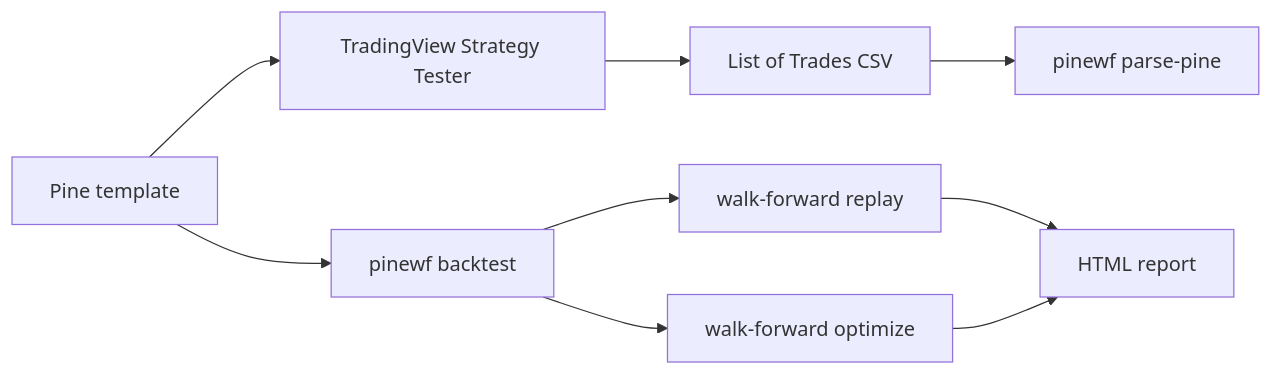
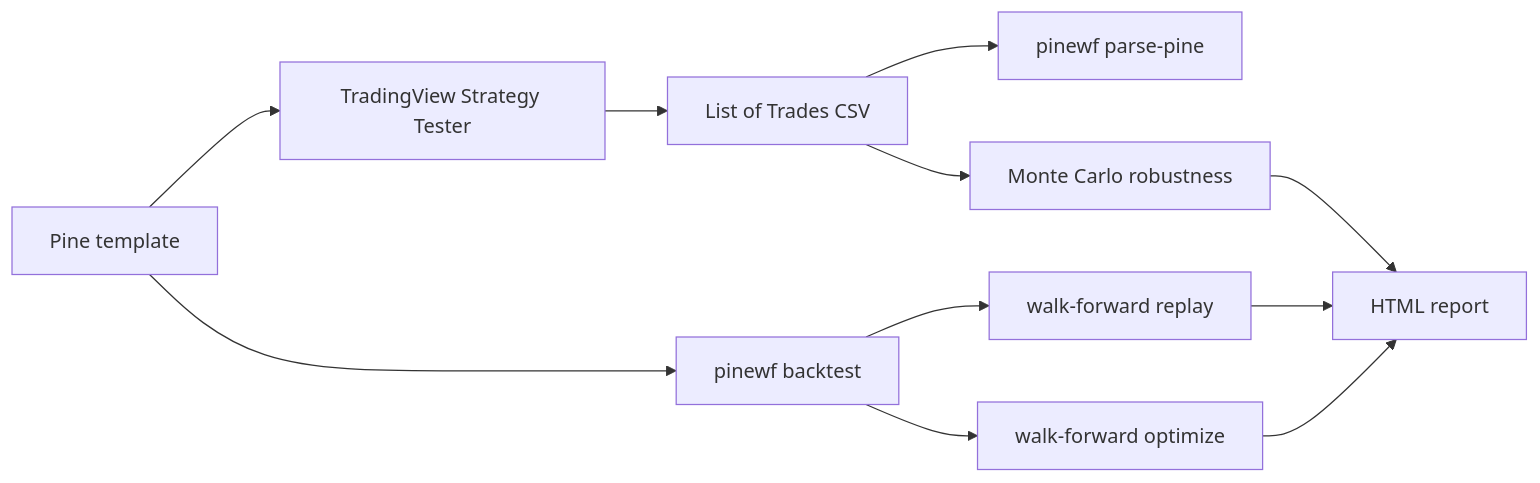
One commit to baronguyen001/pinescript-strategy-template changed the diagram in README.md. Above: the diagram before and after it, drawn with Mermaid. The commit also changed other lines of this file and 11 other files, not shown here.

````diff
--- a/README.md
+++ b/README.md
@@ -38,11 +41,13 @@
 ```mermaid
 flowchart LR
   A[Pine template] --> B[TradingView Strategy Tester]
   B --> C[List of Trades CSV]
   C --> D[pinewf parse-pine]
   A --> E[pinewf backtest]
   E --> F[walk-forward replay]
   E --> G[walk-forward optimize]
   F --> H[HTML report]
   G --> H
+  C --> I[Monte Carlo robustness]
+  I --> H
 ```
````
